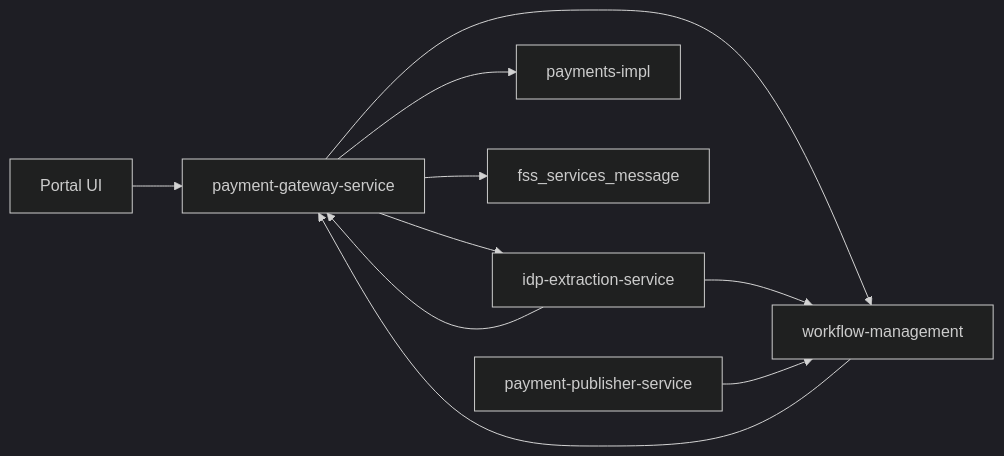
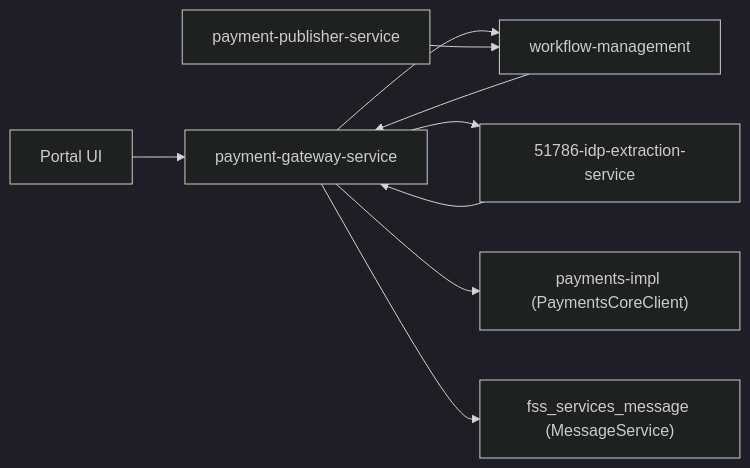
Before and after one commit to suresh0731/payment: the second of 6 diagrams in final/IDP_LLD.md, drawn with Mermaid (dark theme). The commit also changed other lines of this file and 6 other files, not shown here.

````diff
--- a/final/IDP_LLD.md
+++ b/final/IDP_LLD.md
@@ -102,12 +91,12 @@
 ```mermaid
 flowchart LR
-    UI["Portal UI"] --> GW["payment-gateway-service"]
-    GW --> WFM["workflow-management"]
-    GW --> IDP["idp-extraction-service"]
-    IDP --> GW
-    IDP --> WFM
-    WFM --> GW
-    GW --> CORE["payments-impl"]
-    GW --> MSG["fss_services_message"]
-    PUB["payment-publisher-service"] --> WFM
+  UI["Portal UI"] --> GW["payment-gateway-service"]
+  GW --> WFM["workflow-management"]
+  GW --> EXT["51786-idp-extraction-service"]
+  EXT --> GW
+  WFM --> GW
+  GW --> CORE["payments-impl (PaymentsCoreClient)"]
+  GW --> MSG["fss_services_message (MessageService)"]
+  PUB["payment-publisher-service"] --> WFM
+
 ```
````
